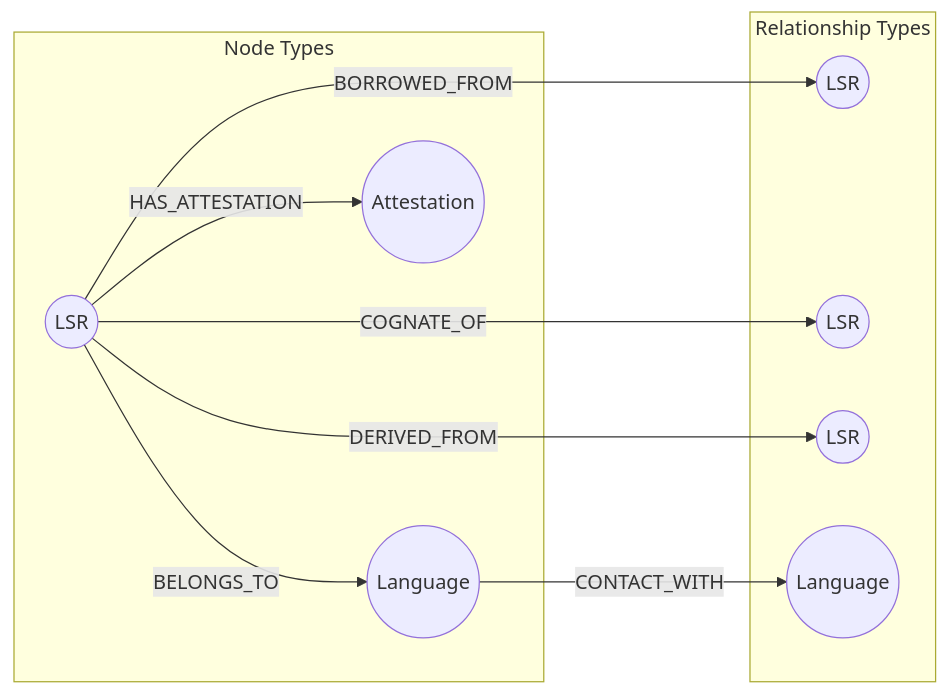
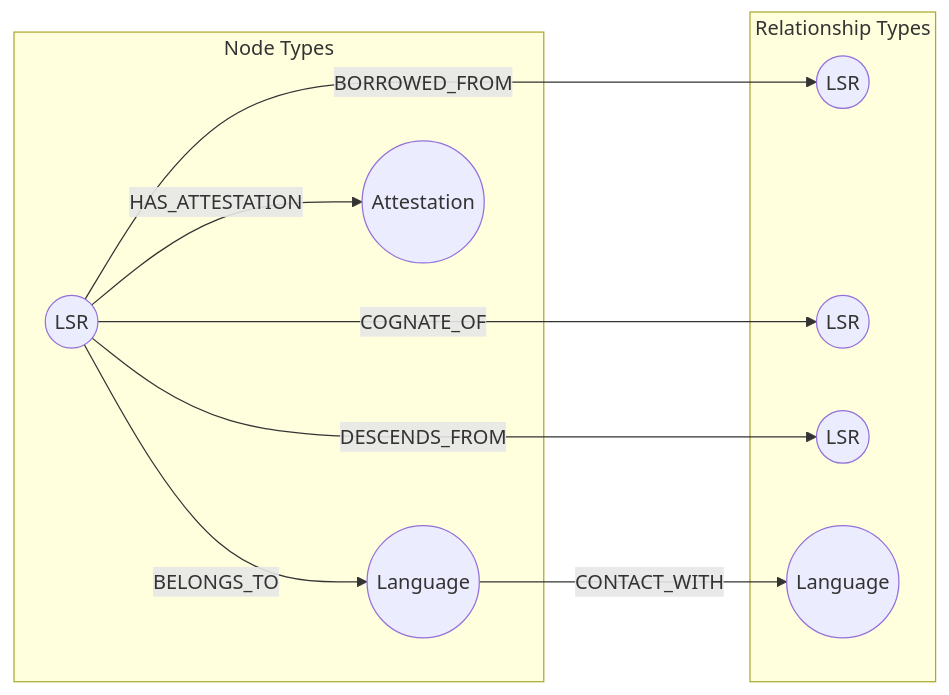
One commit to kase1111-hash/Lexicon changed the sixth of 9 diagrams in docs/architecture.md. Above: the diagram before and after it, drawn with Mermaid. The commit also changed other lines of this file and 6 other files, not shown here.

````diff
--- a/docs/architecture.md
+++ b/docs/architecture.md
@@ -339,17 +315,17 @@
 ```mermaid
 graph LR
     subgraph "Node Types"
         LSR1((LSR))
         LANG1((Language))
         ATT1((Attestation))
     end
 
     subgraph "Relationship Types"
         LSR1 -->|BORROWED_FROM| LSR2((LSR))
         LSR1 -->|COGNATE_OF| LSR3((LSR))
-        LSR1 -->|DERIVED_FROM| LSR4((LSR))
+        LSR1 -->|DESCENDS_FROM| LSR4((LSR))
         LSR1 -->|BELONGS_TO| LANG1
         LSR1 -->|HAS_ATTESTATION| ATT1
         LANG1 -->|CONTACT_WITH| LANG2((Language))
     end
 ```
````
